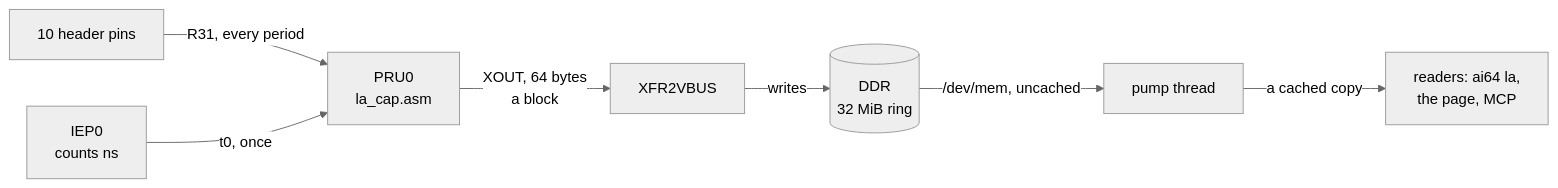
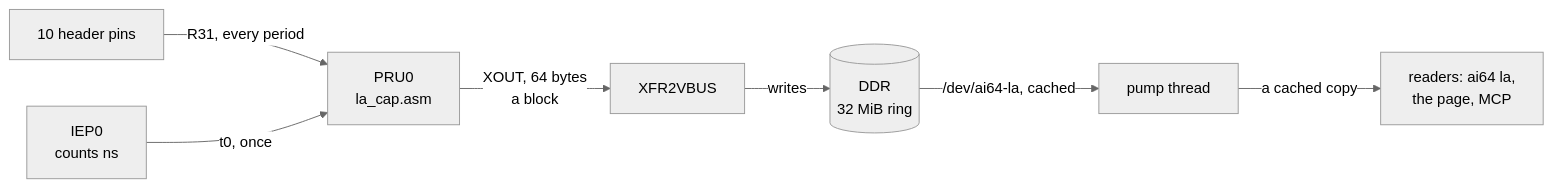
One commit to kevinacahalan/BeagleBoneAI64-linux-zephyr-pru-c7x-c66x-demo changed the diagram in pru/logic_analyzer/README.md. Above: the diagram before and after it, drawn with Mermaid (neutral theme). The commit also changed other lines of this file and 17 other files, not shown here.

````diff
--- a/pru/logic_analyzer/README.md
+++ b/pru/logic_analyzer/README.md
@@ -30,9 +30,9 @@
 ```mermaid
 flowchart LR
   pins["10 header pins"] -->|"R31, every period"| pru0["PRU0<br/>la_cap.asm"]
   iep["IEP0<br/>counts ns"] -->|"t0, once"| pru0
   pru0 -->|"XOUT, 64 bytes<br/>a block"| x2v["XFR2VBUS"]
   x2v -->|"writes"| ddr[("DDR<br/>32 MiB ring")]
-  ddr -->|"/dev/mem, uncached"| pump["pump thread"]
+  ddr -->|"/dev/ai64-la, cached"| pump["pump thread"]
   pump -->|"a cached copy"| rd["readers: ai64 la,<br/>the page, MCP"]
 ```
````
